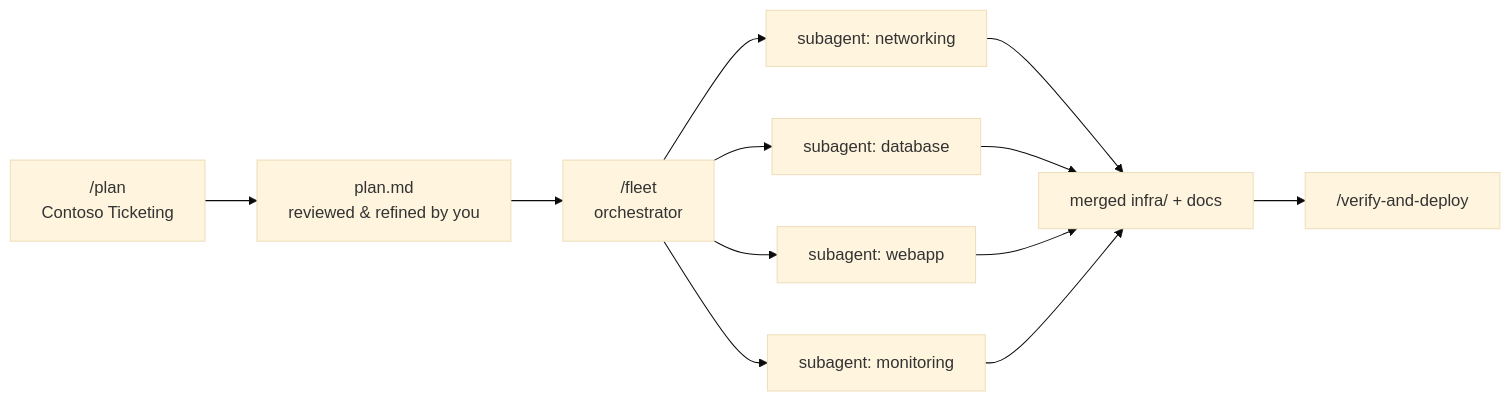
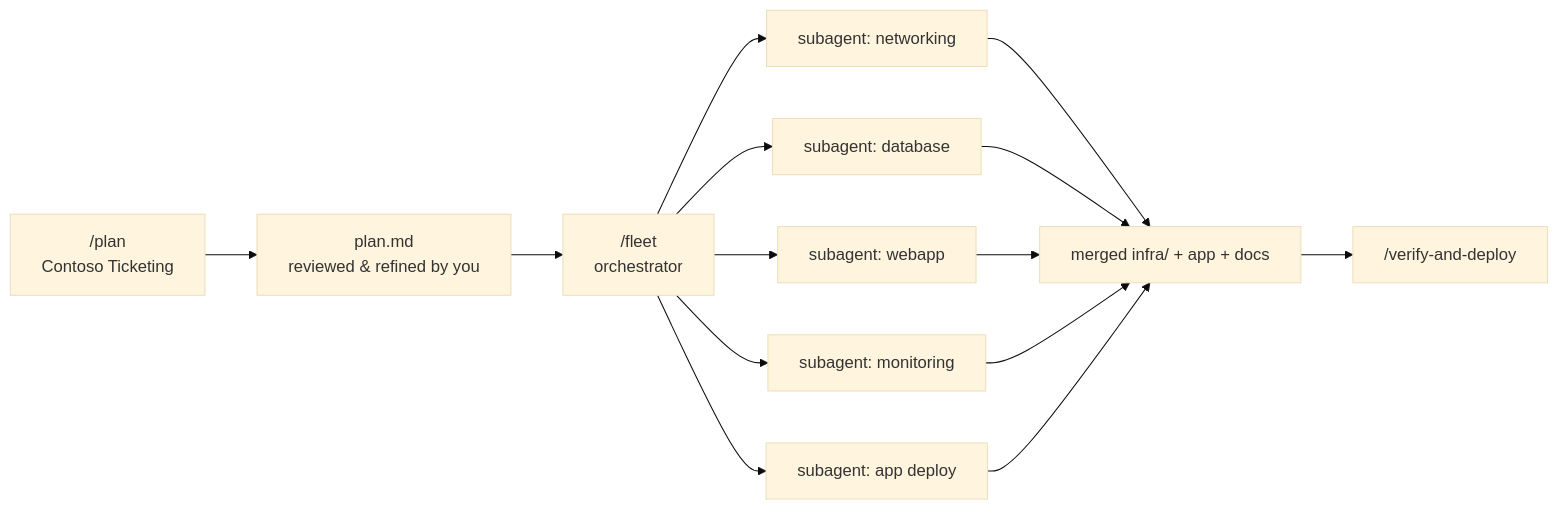
The diagram in docs/tracks/intermediate.md (donk-msft/AgenticEngineering-Hackathon-Infrastructure), drawn with Mermaid (base theme) before and after one commit. The commit also changed other lines of this file and 24 other files, not shown here.

Commit message:
Convert infra to pinned AVM modules, add minimal .NET app, align tracks on shared fault/vulnerability contract

````diff
--- a/docs/tracks/intermediate.md
+++ b/docs/tracks/intermediate.md
@@ -18,11 +18,12 @@
 ```mermaid
 flowchart LR
     S["/plan<br/>Contoso Ticketing"] --> P["plan.md<br/>reviewed & refined by you"]
     P --> F["/fleet<br/>orchestrator"]
     F --> A1["subagent: networking"]
     F --> A2["subagent: database"]
     F --> A3["subagent: webapp"]
     F --> A4["subagent: monitoring"]
-    A1 & A2 & A3 & A4 --> M["merged infra/ + docs"]
+    F --> A5["subagent: app deploy"]
+    A1 & A2 & A3 & A4 & A5 --> M["merged infra/ + app + docs"]
     M --> V["/verify-and-deploy"]
 ```
````
